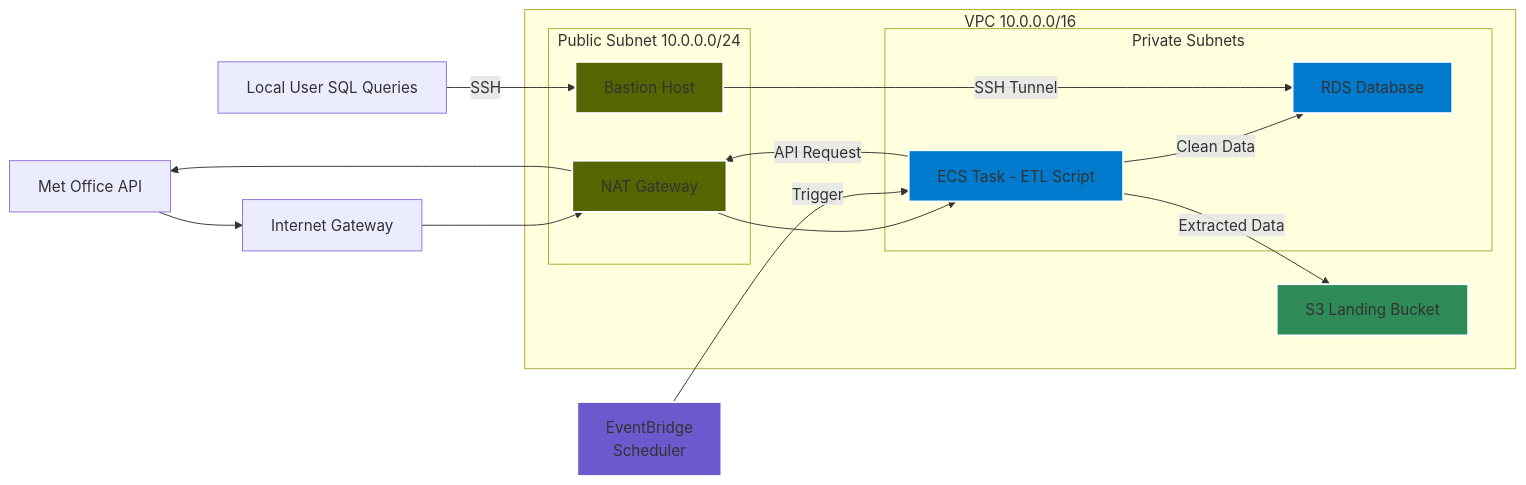
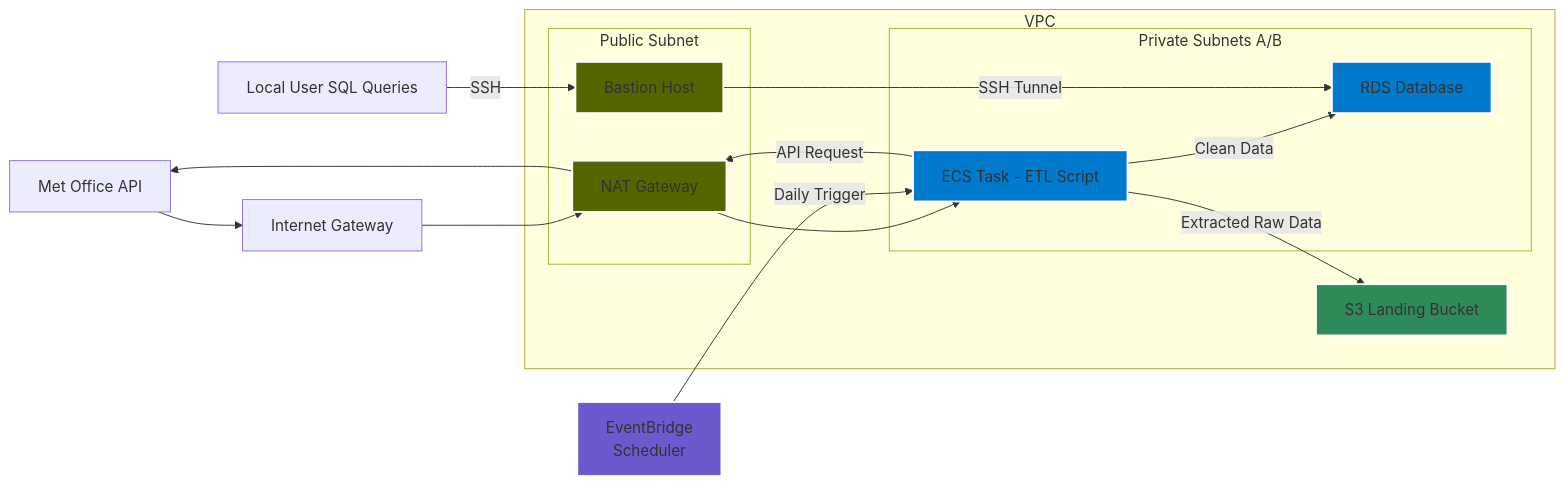
Before and after one commit to ewanritchie85/metoffice-etl: the diagram in infradiagram.md, drawn with Mermaid.

Commit message:
minor change to mermaid diagram

````diff
--- a/infradiagram.md
+++ b/infradiagram.md
@@ -3,43 +3,43 @@
 ```mermaid
 graph LR
     Internet[Met Office API]
     IGW[Internet Gateway]
     EventBridge[EventBridge<br/>Scheduler]
 
-    subgraph VPC[VPC 10.0.0.0/16]
-        subgraph PublicSubnet[Public Subnet 10.0.0.0/24]
+    subgraph VPC[VPC]
+        subgraph PublicSubnet[Public Subnet]
             NAT[NAT Gateway]
             Bastion[Bastion Host]
         end
-        subgraph PrivateSubnet[Private Subnets]
+        subgraph PrivateSubnet[Private Subnets A/B]
             ECS[ECS Task - ETL Script]
             RDS[RDS Database]
         end
         S3Bucket[S3 Landing Bucket]
     end
 
     LocalUser[Local User SQL Queries]
 
     Internet --> IGW
     IGW --> NAT
     NAT --> ECS
     ECS --> |Clean Data|RDS
-    ECS -->|Extracted Data| S3Bucket
+    ECS -->|Extracted Raw Data| S3Bucket
     ECS -->|API Request| NAT
     NAT --> Internet
     Bastion -->|SSH Tunnel| RDS
     LocalUser -->|SSH| Bastion
 
-    EventBridge -->|Trigger| ECS
+    EventBridge -->|Daily Trigger| ECS
 
     %% Styling
     classDef public fill:#560,stroke:#fff,stroke-width:2px
     classDef private fill:#007acc,stroke:#fff,stroke-width:2px
     classDef s3 fill:#2e8b57,stroke:#fff,stroke-width:2px
     classDef event fill:#6a5acd,stroke:#fff,stroke-width:2px
 
     class NAT,Bastion public
     class ECS,RDS private
     class S3Bucket s3
     class EventBridge event
 ```
````
